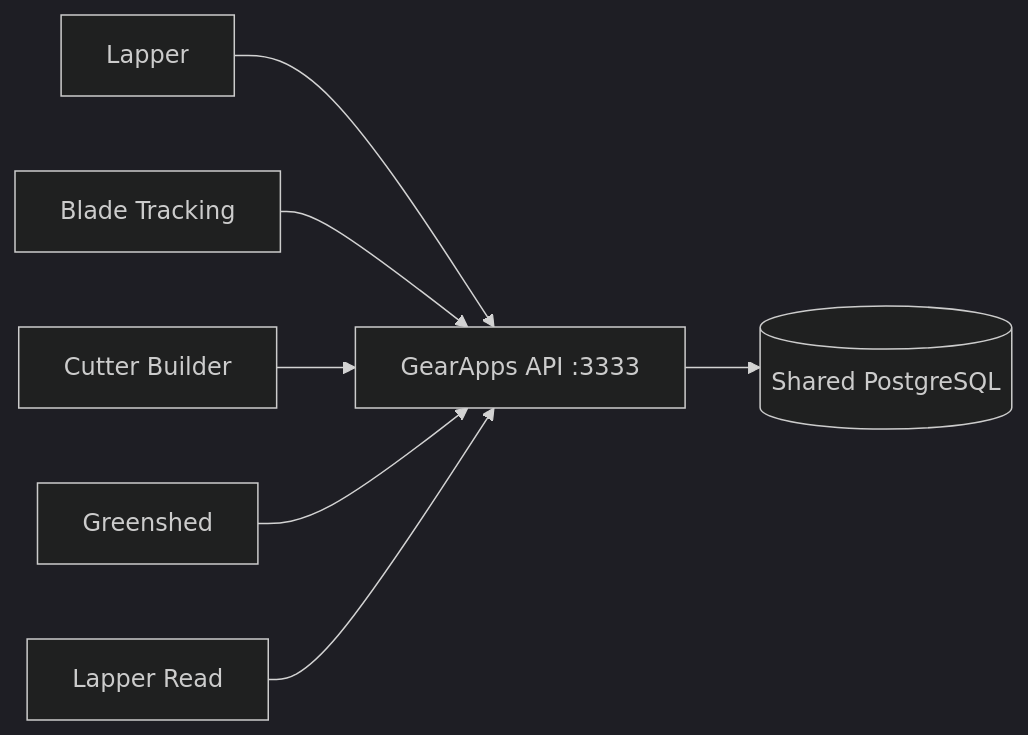
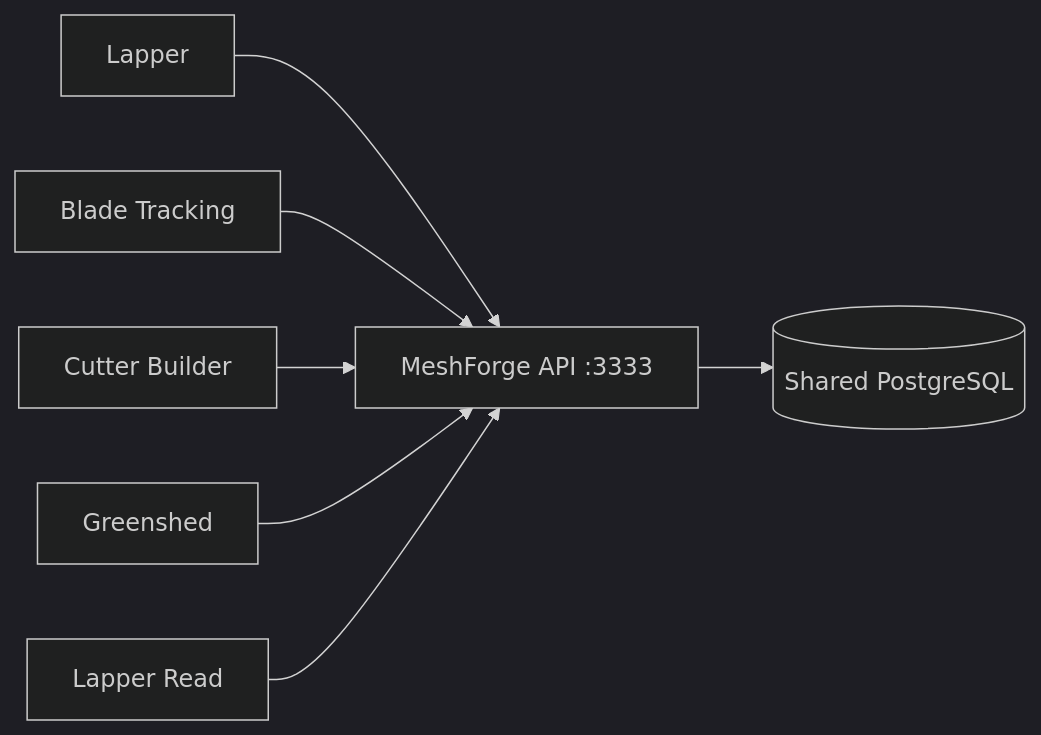
The diagram in docs/UNIFIED_API.md (ryan1393/GearApps), drawn with Mermaid (dark theme) before and after one commit. The commit also changed other lines of this file and 142 other files, not shown here.

First line of the commit message:
Rename the live system's Gear Apps names to MeshForge

````diff
--- a/docs/UNIFIED_API.md
+++ b/docs/UNIFIED_API.md
@@ -9,9 +9,9 @@
 ```mermaid
 flowchart LR
-  L[Lapper] --> A[GearApps API :3333]
+  L[Lapper] --> A[MeshForge API :3333]
   B[Blade Tracking] --> A
   C[Cutter Builder] --> A
   G[Greenshed] --> A
   R[Lapper Read] --> A
   A --> P[(Shared PostgreSQL)]
 ```
````
